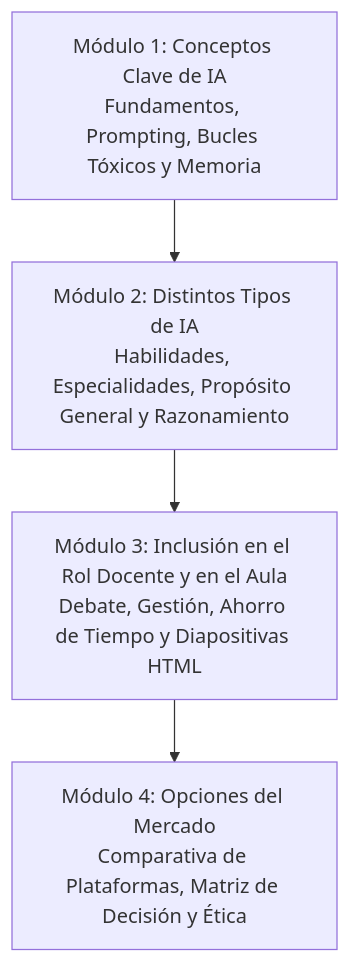
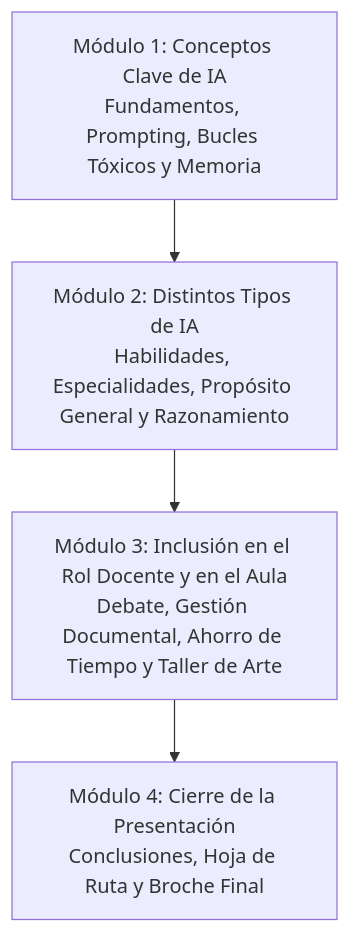
The first of 3 diagrams in estructura_charla_ia_docentes.md (ListCodeName/ConasedCharlaIA), drawn with Mermaid before and after one commit. The commit also changed other lines of this file and 12 other files, not shown here.

````diff
--- a/estructura_charla_ia_docentes.md
+++ b/estructura_charla_ia_docentes.md
@@ -21,6 +21,6 @@
 ```mermaid
 graph TD
     A[Módulo 1: Conceptos Clave de IA<br/>Fundamentos, Prompting, Bucles Tóxicos y Memoria] --> B[Módulo 2: Distintos Tipos de IA<br/>Habilidades, Especialidades, Propósito General y Razonamiento]
-    B --> C[Módulo 3: Inclusión en el Rol Docente y en el Aula<br/>Debate, Gestión, Ahorro de Tiempo y Diapositivas HTML]
-    C --> D[Módulo 4: Opciones del Mercado<br/>Comparativa de Plataformas, Matriz de Decisión y Ética]
+    B --> C[Módulo 3: Inclusión en el Rol Docente y en el Aula<br/>Debate, Gestión Documental, Ahorro de Tiempo y Taller de Arte]
+    C --> D[Módulo 4: Cierre de la Presentación<br/>Conclusiones, Hoja de Ruta y Broche Final]
 ```
````
